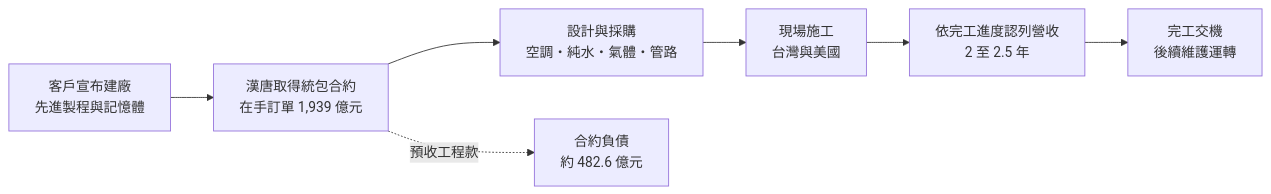
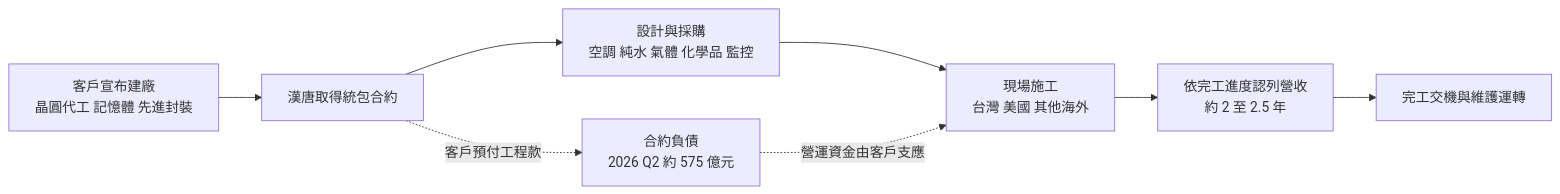
The second of 4 diagrams in 個股/台股/2404漢唐.md (wangnick1004/taiwan-stock-vault), drawn with Mermaid before and after one commit. The commit also changed other lines of this file and 19 other files, not shown here.

````diff
--- a/個股/台股/2404漢唐.md
+++ b/個股/台股/2404漢唐.md
@@ -71,9 +70,10 @@
 ```mermaid
 flowchart LR
-    A["客戶宣布建廠<br/>先進製程與記憶體"] --> B["漢唐取得統包合約<br/>在手訂單 1,939 億元"]
-    B --> C["設計與採購<br/>空調・純水・氣體・管路"]
-    C --> D["現場施工<br/>台灣與美國"]
-    D --> E["依完工進度認列營收<br/>2 至 2.5 年"]
-    E --> F["完工交機<br/>後續維護運轉"]
-    B -. 預收工程款 .-> G["合約負債<br/>約 482.6 億元"]
+    A["客戶宣布建廠<br/>晶圓代工 記憶體 先進封裝"] --> B[漢唐取得統包合約]
+    B --> C["設計與採購<br/>空調 純水 氣體 化學品 監控"]
+    C --> D["現場施工<br/>台灣 美國 其他海外"]
+    D --> E["依完工進度認列營收<br/>約 2 至 2.5 年"]
+    E --> F[完工交機與維護運轉]
+    B -. 客戶預付工程款 .-> G["合約負債<br/>2026 Q2 約 575 億元"]
+    G -. 營運資金由客戶支應 .-> D
 ```
````
